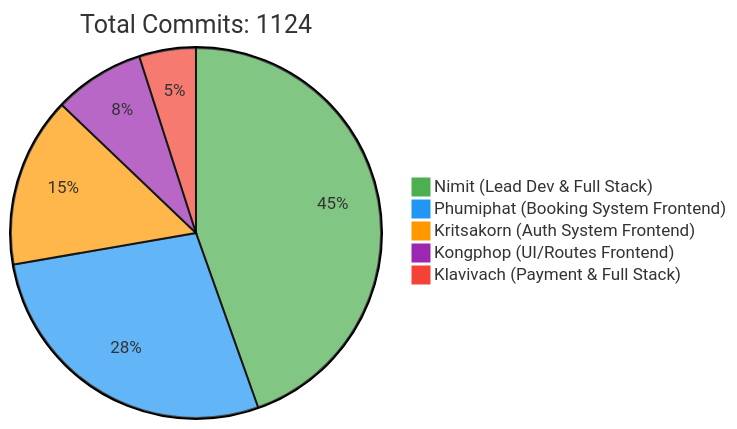
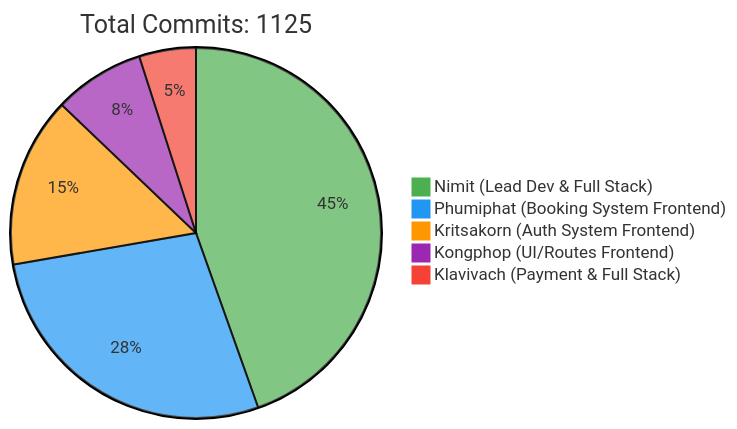
The first of 2 diagrams in README.md (6531503042/Sport-Complex), drawn with Mermaid before and after one commit. The commit also changed other lines of this file, not shown here.

Commit message:
docs: Update contributor statistics [skip ci]

````diff
--- a/README.md
+++ b/README.md
@@ -257,10 +257,10 @@
 ```mermaid
 %%{init: {'theme': 'base', 'themeVariables': { 'pie1': '#4CAF50', 'pie2': '#2196F3', 'pie3': '#FF9800', 'pie4': '#9C27B0', 'pie5': '#F44336'}}}%%
 pie
-    title Total Commits: 1124
+    title Total Commits: 1125
     "Nimit (Lead Dev & Full Stack)" : 450
     "Phumiphat (Booking System Frontend)" : 280
     "Kritsakorn (Auth System Frontend)" : 150
     "Kongphop (UI/Routes Frontend)" : 80
     "Klavivach (Payment & Full Stack)" : 50
 ```
````
